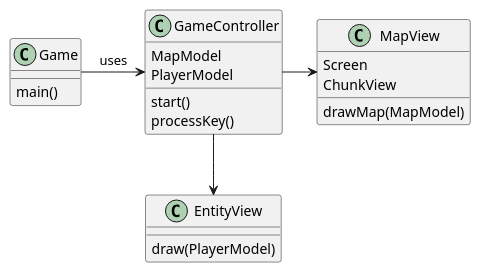
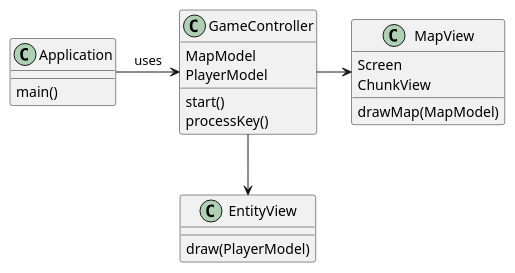
One commit to rafaelribeiro1510/ASCIIValley changed the diagram in docs/umls/mvc.iuml. Above: the diagram before and after it, drawn with PlantUML. The commit also changed 147 other files, not shown here.

```diff
--- a/docs/umls/mvc.iuml
+++ b/docs/umls/mvc.iuml
@@ -1,22 +1,22 @@
 @startuml
-class Game{
+class Application{
   main()
 }
 class GameController{
   MapModel
   PlayerModel
   start()
   processKey()
 }
 class MapView{
   Screen
   ChunkView
   drawMap(MapModel)
 }
 class EntityView{
   draw(PlayerModel)
 }
-Game -> GameController : uses
+Application -> GameController : uses
 GameController -> MapView
 GameController --> EntityView
 @enduml
```
